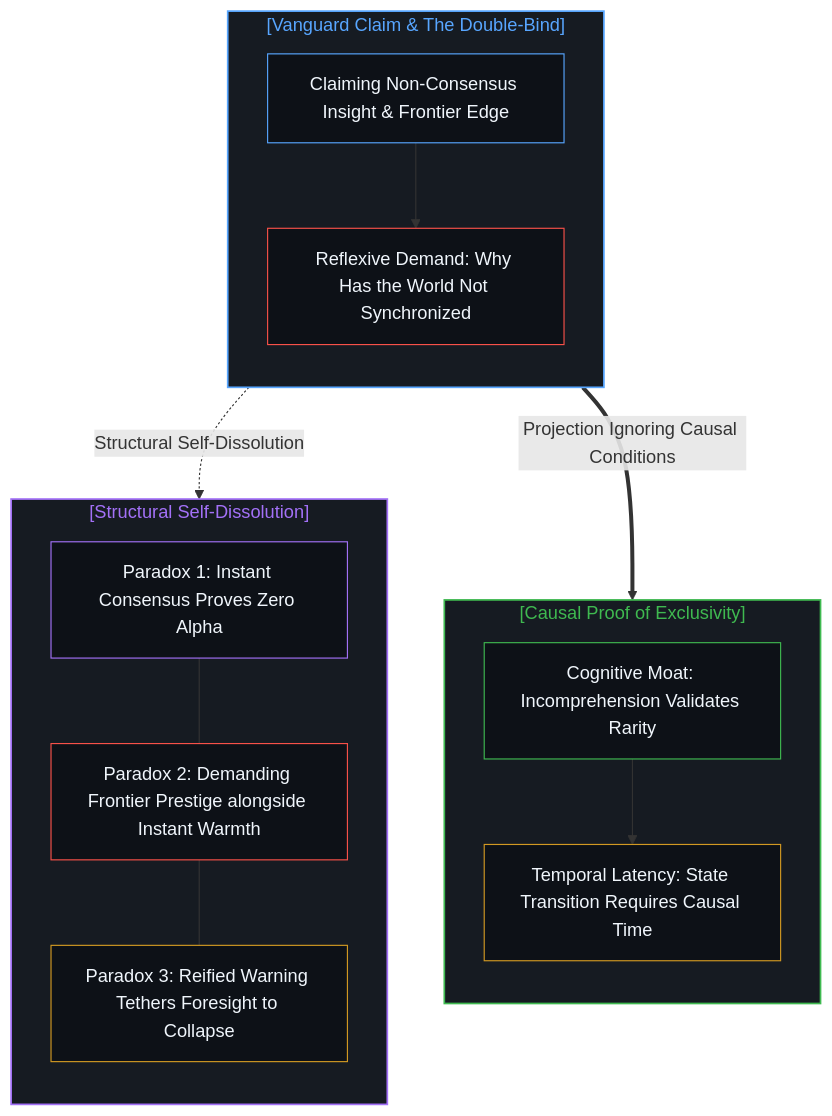
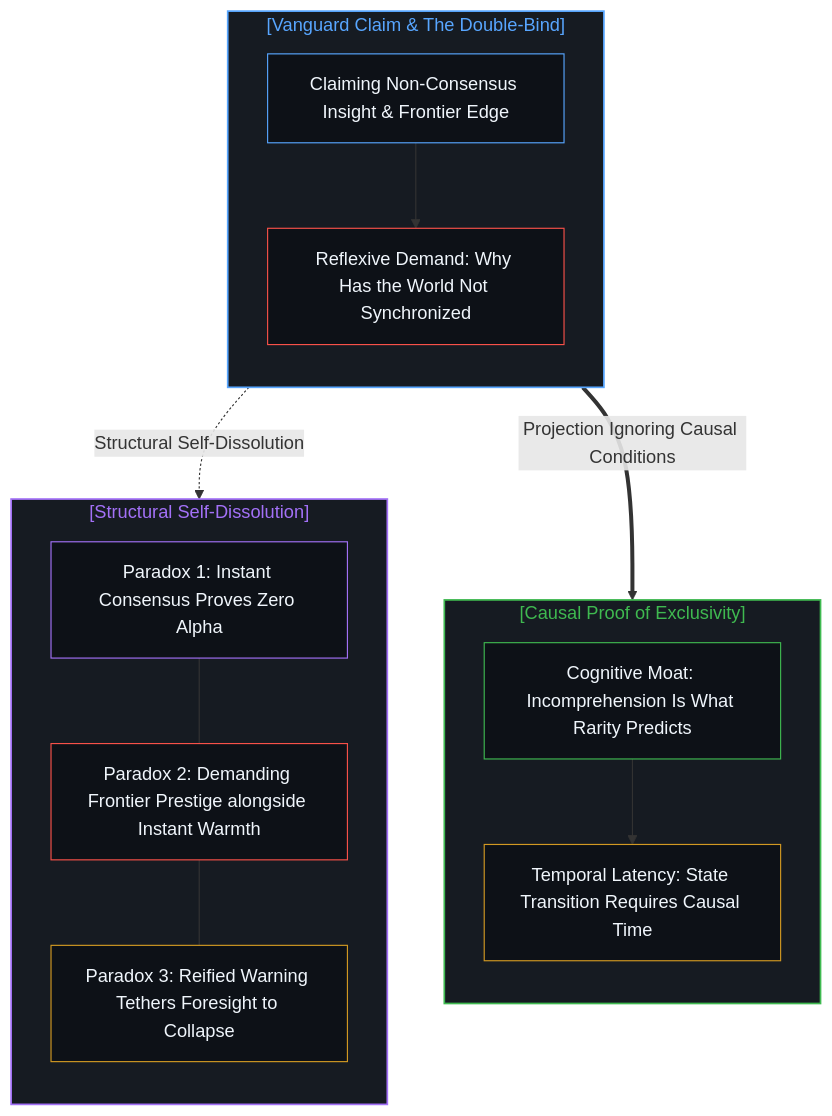
Before and after one commit to powerpig99/not-a-toe: the fourth of 4 diagrams in content/posts/the-reflexive-dilemma-of-unique-insight.md, drawn with Mermaid. The commit also changed other lines of this file and 8 other files, not shown here.

````diff
--- a/content/posts/the-reflexive-dilemma-of-unique-insight.md
+++ b/content/posts/the-reflexive-dilemma-of-unique-insight.md
@@ -126,34 +126,34 @@
 ```mermaid
 flowchart TD
   subgraph S_CLAIM["[Vanguard Claim & The Double-Bind]"]
     direction TB
     C_ALPHA["Claiming Non-Consensus Insight & Frontier Edge"]
     C_DEMAND["Reflexive Demand: Why Has the World Not Synchronized"]
     C_ALPHA --> C_DEMAND
   end
   subgraph S_PROOF["[Causal Proof of Exclusivity]"]
     direction TB
-    R_GAP["Cognitive Moat: Incomprehension Validates Rarity"]
+    R_GAP["Cognitive Moat: Incomprehension Is What Rarity Predicts"]
     R_TIME["Temporal Latency: State Transition Requires Causal Time"]
     R_GAP --> R_TIME
   end
   subgraph S_PARADOX["[Structural Self-Dissolution]"]
     direction TB
     X_COLLAPSE["Paradox 1: Instant Consensus Proves Zero Alpha"]
     X_ABSURD["Paradox 2: Demanding Frontier Prestige alongside Instant Warmth"]
     X_PROPHET["Paradox 3: Reified Warning Tethers Foresight to Collapse"]
     X_COLLAPSE --- X_ABSURD --- X_PROPHET
   end
   C_DEMAND ==>|"Projection Ignoring Causal Conditions"| R_TIME
   C_DEMAND -.->|"Structural Self-Dissolution"| S_PARADOX
   style S_CLAIM fill:#161b22,stroke:#58a6ff,stroke-width:1.5px,color:#58a6ff
   style S_PROOF fill:#161b22,stroke:#3fb950,stroke-width:1.5px,color:#3fb950
   style S_PARADOX fill:#161b22,stroke:#a371f7,stroke-width:1.5px,color:#a371f7
   style C_ALPHA fill:#0d1117,stroke:#58a6ff,stroke-width:1px,color:#f0f6fc
   style C_DEMAND fill:#0d1117,stroke:#f85149,stroke-width:1px,color:#f0f6fc
   style R_GAP fill:#0d1117,stroke:#3fb950,stroke-width:1px,color:#f0f6fc
   style R_TIME fill:#0d1117,stroke:#d29922,stroke-width:1px,color:#f0f6fc
   style X_COLLAPSE fill:#0d1117,stroke:#a371f7,stroke-width:1px,color:#f0f6fc
   style X_ABSURD fill:#0d1117,stroke:#f85149,stroke-width:1px,color:#f0f6fc
   style X_PROPHET fill:#0d1117,stroke:#d29922,stroke-width:1px,color:#f0f6fc
 ```
````
